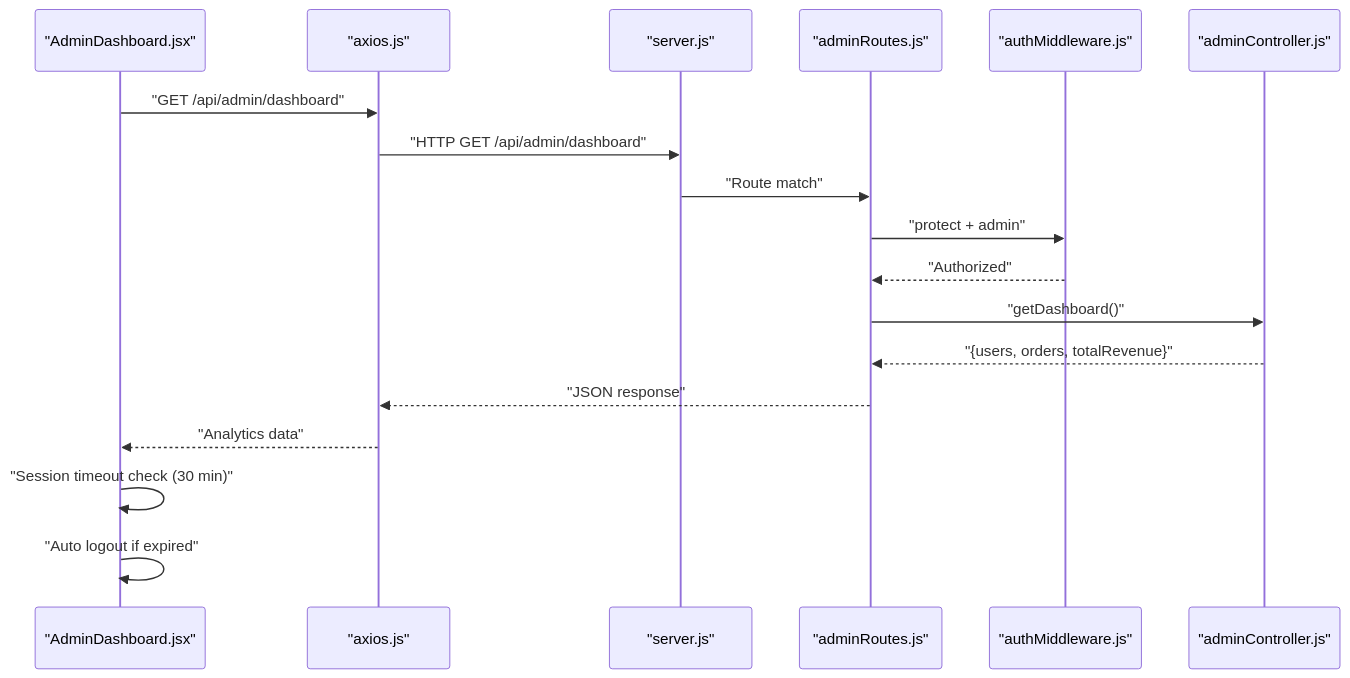
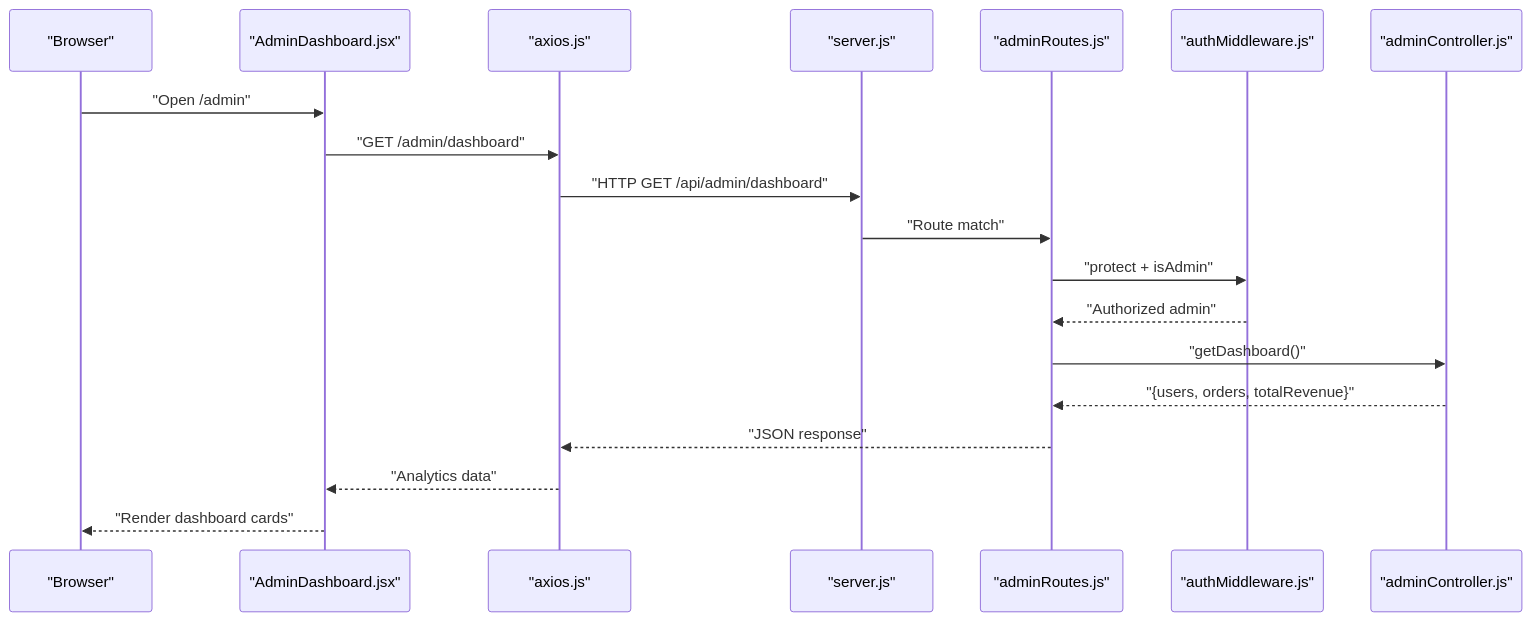
One commit to Pavan-PSPK9032/TrendsandToss changed the second of 8 diagrams in .qoder/repowiki/en/content/Admin Dashboard/Admin Dashboard.md. Above: the diagram before and after it, drawn with Mermaid. The commit also changed other lines of this file and 6 other files, not shown here.

````diff
--- a/.qoder/repowiki/en/content/Admin Dashboard/Admin Dashboard.md
+++ b/.qoder/repowiki/en/content/Admin Dashboard/Admin Dashboard.md
@@ -148,20 +128,21 @@
 ```mermaid
 sequenceDiagram
-participant FE as "AdminDashboard.jsx"
-participant AX as "axios.js"
-participant SRV as "server.js"
-participant AR as "adminRoutes.js"
-participant AM as "authMiddleware.js"
-participant AC as "adminController.js"
-FE->>AX : "GET /api/admin/dashboard"
-AX->>SRV : "HTTP GET /api/admin/dashboard"
-SRV->>AR : "Route match"
-AR->>AM : "protect + admin"
-AM-->>AR : "Authorized"
-AR->>AC : "getDashboard()"
-AC-->>AR : "{users, orders, totalRevenue}"
-AR-->>AX : "JSON response"
-AX-->>FE : "Analytics data"
-FE->>FE : "Session timeout check (30 min)"
-FE->>FE : "Auto logout if expired"
+participant Browser as "Browser"
+participant Page as "AdminDashboard.jsx"
+participant API as "axios.js"
+participant Server as "server.js"
+participant Routes as "adminRoutes.js"
+participant MW as "authMiddleware.js"
+participant Ctrl as "adminController.js"
+Browser->>Page : "Open /admin"
+Page->>API : "GET /admin/dashboard"
+API->>Server : "HTTP GET /api/admin/dashboard"
+Server->>Routes : "Route match"
+Routes->>MW : "protect + isAdmin"
+MW-->>Routes : "Authorized admin"
+Routes->>Ctrl : "getDashboard()"
+Ctrl-->>Routes : "{users, orders, totalRevenue}"
+Routes-->>API : "JSON response"
+API-->>Page : "Analytics data"
+Page-->>Browser : "Render dashboard cards"
 ```
````
